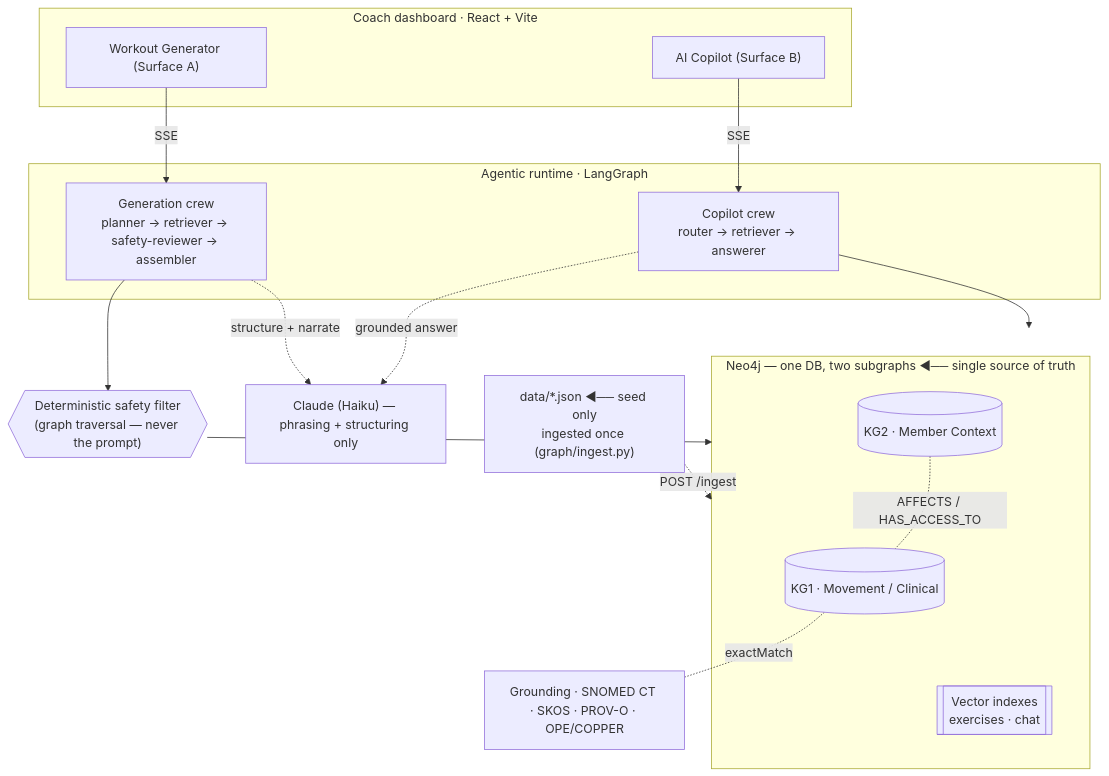
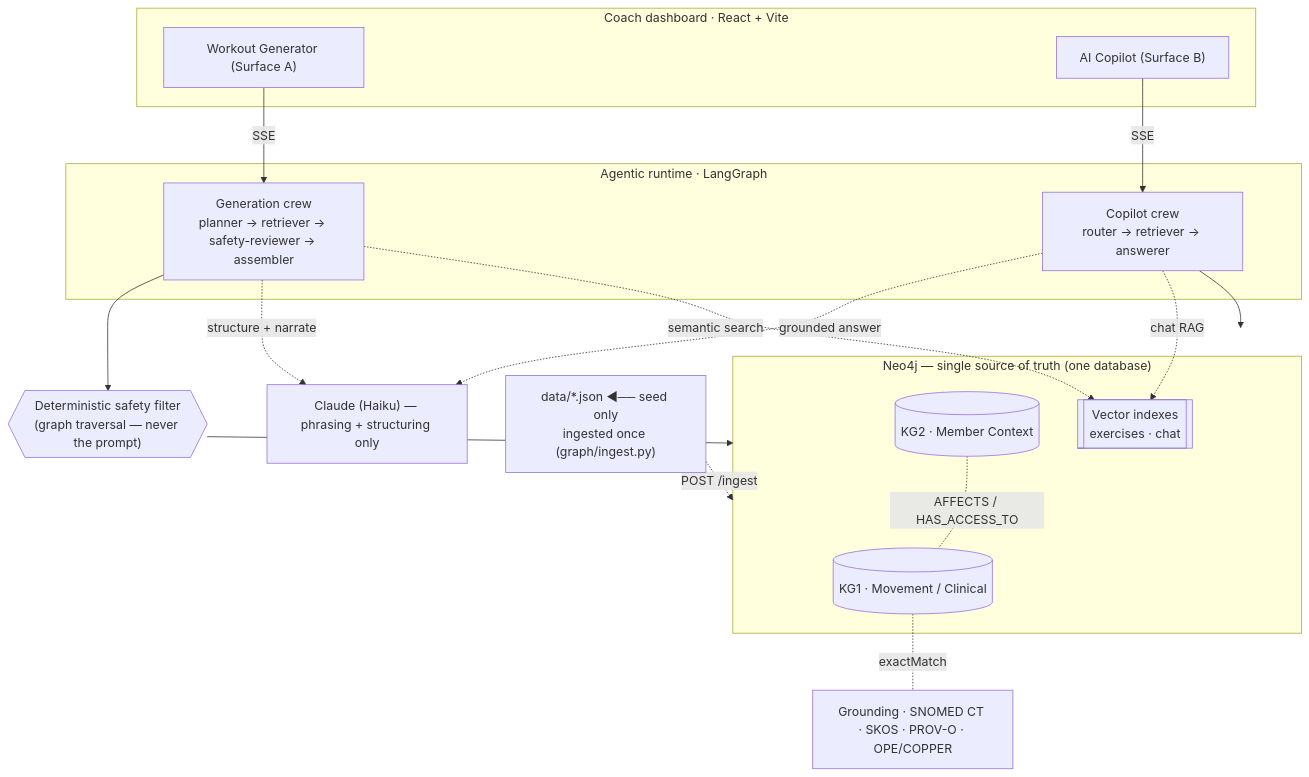
Before and after one commit to trossitter/future-coach-dashboard: the diagram in README.md, drawn with Mermaid.

Commit message:
docs(readme): connect vector indexes in the architecture diagram
The assessment asks the diagram to show how data flows through the vector
store; VEC was present but unconnected (an arrowless KG---VEC stub from the
container to a node inside it). Route the retrievers to it instead —
G -.semantic search.-> VEC, C -.chat RAG.-> VEC — so vectors read as a
retrieval helper off the safety path, not the backbone. Also drop the
overloaded 'two subgraphs' wording from the Neo4j box label.

````diff
--- a/README.md
+++ b/README.md
@@ -16,34 +16,35 @@
 ```mermaid
 flowchart TB
   subgraph UI["Coach dashboard · React + Vite"]
     A["Workout Generator (Surface A)"]
     B["AI Copilot (Surface B)"]
   end
 
   subgraph RT["Agentic runtime · LangGraph"]
     G["Generation crew<br/>planner → retriever → safety-reviewer → assembler"]
     C["Copilot crew<br/>router → retriever → answerer"]
   end
 
   SAFE{{"Deterministic safety filter<br/>(graph traversal — never the prompt)"}}
 
-  subgraph KG["Neo4j — one DB, two subgraphs ◄── single source of truth"]
+  subgraph KG["Neo4j — single source of truth (one database)"]
     K1[("KG1 · Movement / Clinical")]
     K2[("KG2 · Member Context")]
     VEC[["Vector indexes<br/>exercises · chat"]]
   end
 
   SEED["data/*.json ◄── seed only<br/>ingested once (graph/ingest.py)"]
   SEED -.->|"POST /ingest"| KG
 
   LLM["Claude (Haiku) — phrasing + structuring only"]
   GR["Grounding · SNOMED CT · SKOS · PROV-O · OPE/COPPER"]
 
   A -->|SSE| G --> SAFE --> KG
   B -->|SSE| C --> KG
   G -. structure + narrate .-> LLM
   C -. grounded answer .-> LLM
-  KG --- VEC
+  G -. semantic search .-> VEC
+  C -. chat RAG .-> VEC
   K1 -. exactMatch .- GR
   K2 -. AFFECTS / HAS_ACCESS_TO .- K1
 ```
````
